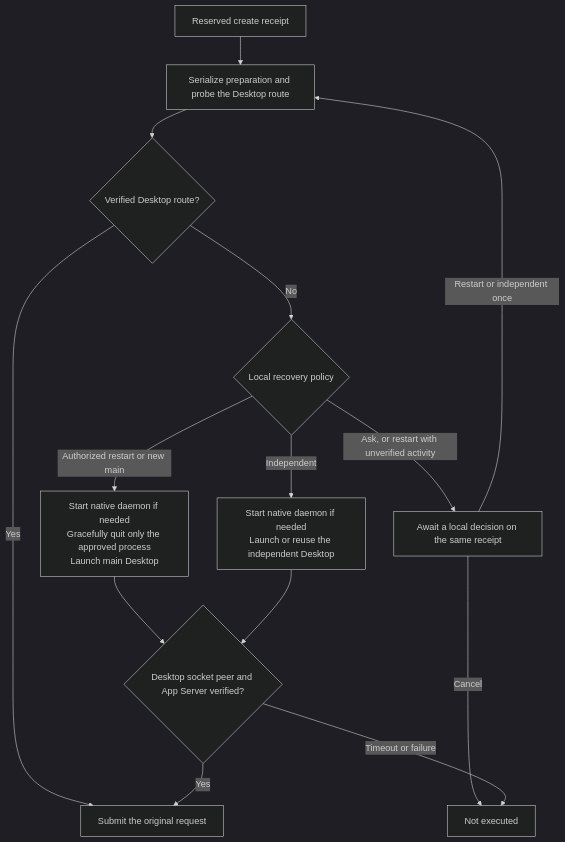
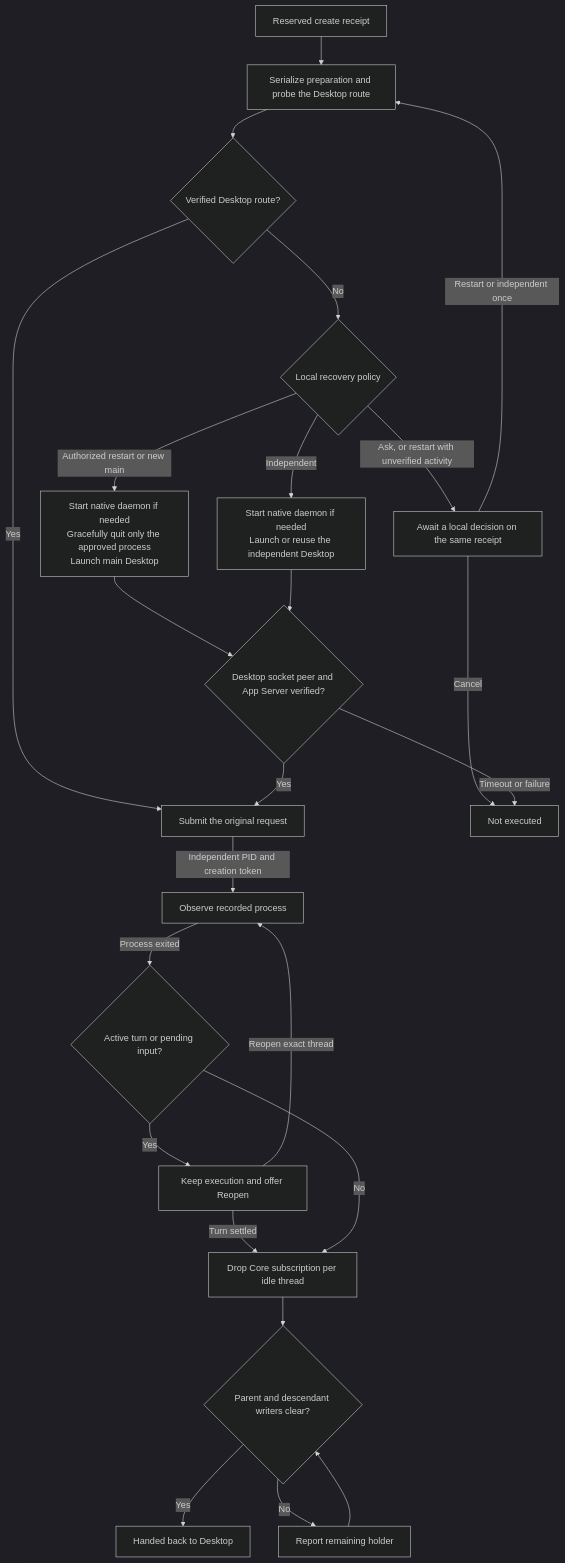
One commit to whzxc/agent-remote-control changed the diagram in arch/mechanisms/desktop-preparation.mmd. Above: the diagram before and after it, drawn with Mermaid (dark theme). The commit also changed 23 other files, not shown here.

Commit message:
feat(codex): hand back tasks after independent Desktop exit

```diff
--- a/arch/mechanisms/desktop-preparation.mmd
+++ b/arch/mechanisms/desktop-preparation.mmd
@@ -1,16 +1,26 @@
 %% Desktop preparation (layer 2): route recovery before a new native thread.
 %% Index and code mapping: docs/dev/arch-assets.md
 flowchart TD
   request["Reserved create receipt"] --> gate["Serialize preparation and probe the Desktop route"]
   gate --> ready{"Verified Desktop route?"}
   ready -->|Yes| submit["Submit the original request"]
   ready -->|No| policy{"Local recovery policy"}
   policy -->|Ask, or restart with unverified activity| waiting["Await a local decision on the same receipt"]
   waiting -->|Cancel| stopped["Not executed"]
   waiting -->|Restart or independent once| gate
   policy -->|Authorized restart or new main| main["Start native daemon if needed<br/>Gracefully quit only the approved process<br/>Launch main Desktop"]
   policy -->|Independent| independent["Start native daemon if needed<br/>Launch or reuse the independent Desktop"]
   main --> verify{"Desktop socket peer and App Server verified?"}
   independent --> verify
   verify -->|Yes| submit
   verify -->|Timeout or failure| stopped
+  submit -->|Independent PID and creation token| watch["Observe recorded process"]
+  watch -->|Process exited| busy{"Active turn or pending input?"}
+  busy -->|Yes| running["Keep execution and offer Reopen"]
+  running -->|Turn settled| release
+  running -->|Reopen exact thread| watch
+  busy -->|No| release["Drop Core subscription per idle thread"]
+  release --> locks{"Parent and descendant writers clear?"}
+  locks -->|Yes| returned["Handed back to Desktop"]
+  locks -->|No| held["Report remaining holder"]
+  held --> locks
```
